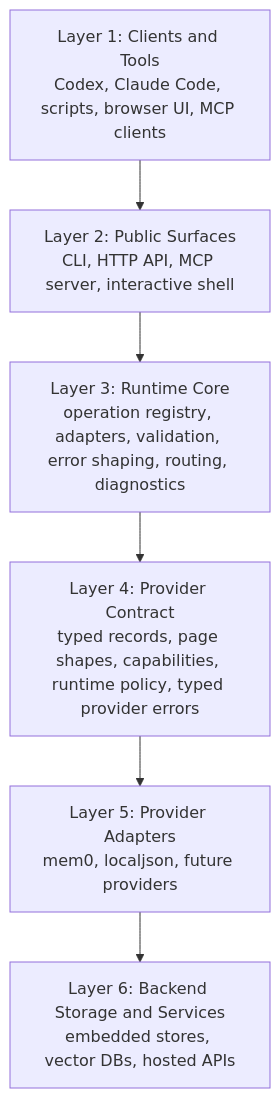
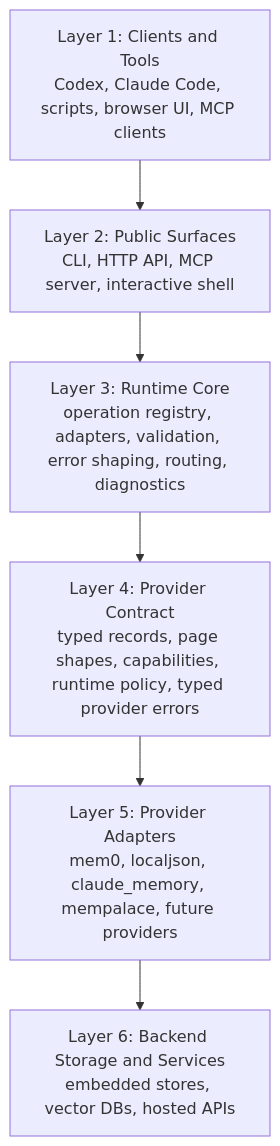
The diagram in docs/ARCHITECTURE.md (AndrewMoryakov/AgentMemory), drawn with Mermaid before and after one commit. The commit also changed other lines of this file and 7 other files, not shown here.

Commit message:
Add MemPalace provider phase 1

````diff
--- a/docs/ARCHITECTURE.md
+++ b/docs/ARCHITECTURE.md
@@ -11,8 +11,8 @@
 ```mermaid
 flowchart TD
     A["Layer 1: Clients and Tools<br/>Codex, Claude Code, scripts, browser UI, MCP clients"] --> B["Layer 2: Public Surfaces<br/>CLI, HTTP API, MCP server, interactive shell"]
     B --> C["Layer 3: Runtime Core<br/>operation registry, adapters, validation, error shaping, routing, diagnostics"]
     C --> D["Layer 4: Provider Contract<br/>typed records, page shapes, capabilities, runtime policy, typed provider errors"]
-    D --> E["Layer 5: Provider Adapters<br/>mem0, localjson, future providers"]
+    D --> E["Layer 5: Provider Adapters<br/>mem0, localjson, claude_memory, mempalace, future providers"]
     E --> F["Layer 6: Backend Storage and Services<br/>embedded stores, vector DBs, hosted APIs"]
 ```
````
